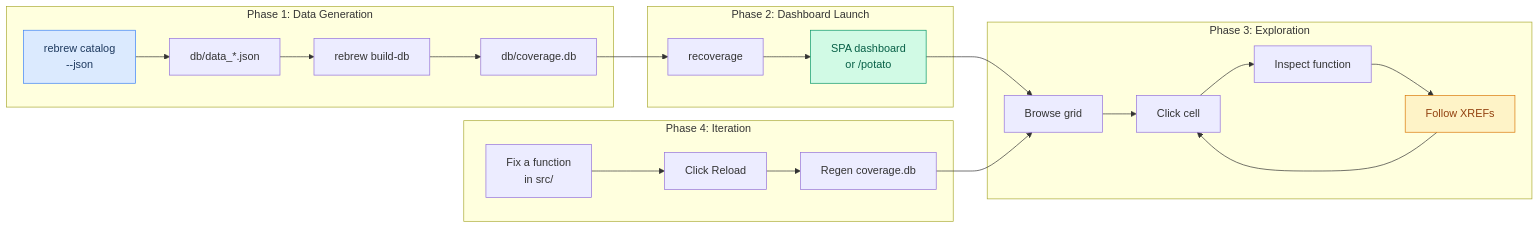
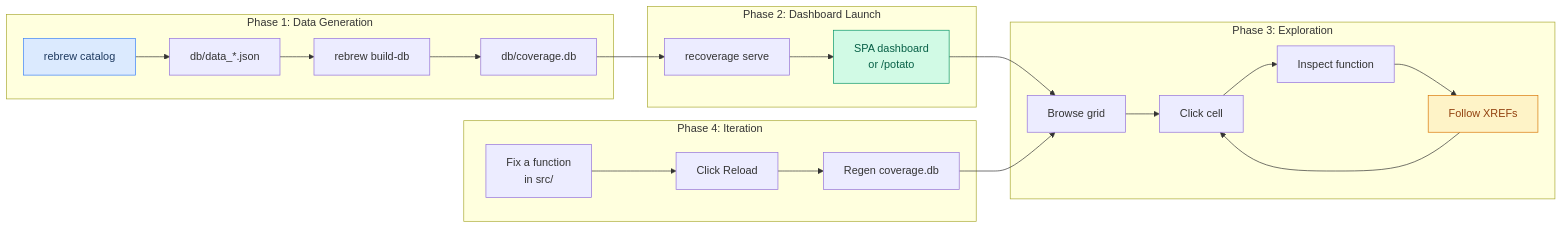
Before and after one commit to maci0/recoverage: diagram 17 of 17 in docs/USER_STORIES.md, drawn with Mermaid. The commit also changed other lines of this file and 4 other files, not shown here.

````diff
--- a/docs/USER_STORIES.md
+++ b/docs/USER_STORIES.md
@@ -529,31 +541,31 @@
 ```mermaid
 graph LR
     subgraph "Phase 1: Data Generation"
-        A["rebrew catalog<br/>--json"] --> B["db/data_*.json"]
+        A["rebrew catalog"] --> B["db/data_*.json"]
         B --> C["rebrew build-db"]
         C --> D["db/coverage.db"]
     end
 
     subgraph "Phase 2: Dashboard Launch"
-        D --> E["recoverage"]
+        D --> E["recoverage serve"]
         E --> F["SPA dashboard<br/>or /potato"]
     end
 
     subgraph "Phase 3: Exploration"
         F --> G["Browse grid"]
         G --> H["Click cell"]
         H --> I["Inspect function"]
         I --> J["Follow XREFs"]
         J --> H
     end
 
     subgraph "Phase 4: Iteration"
         K["Fix a function<br/>in src/"] --> L["Click Reload"]
         L --> M["Regen coverage.db"]
         M --> G
     end
 
     style A fill:#dbeafe,stroke:#3b82f6,color:#1e3a5f
     style F fill:#d1fae5,stroke:#059669,color:#065f46
     style J fill:#fef3c7,stroke:#d97706,color:#92400e
 ```
````
